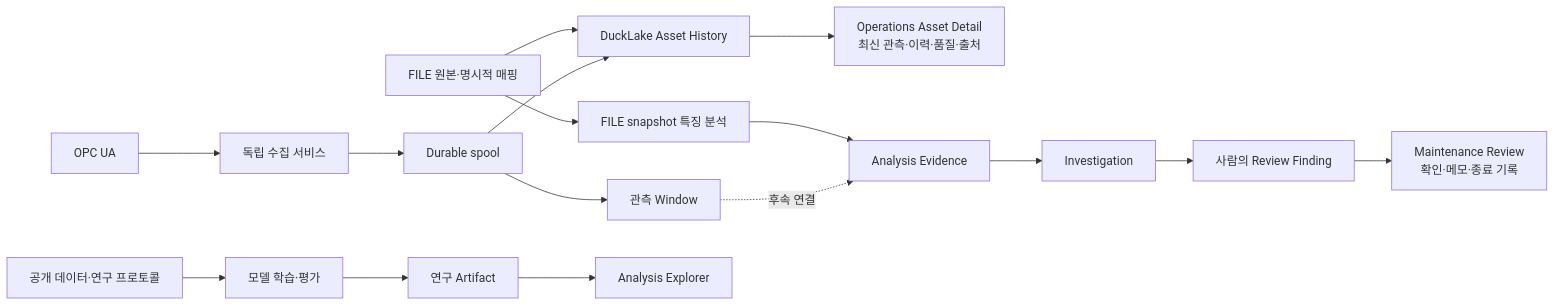
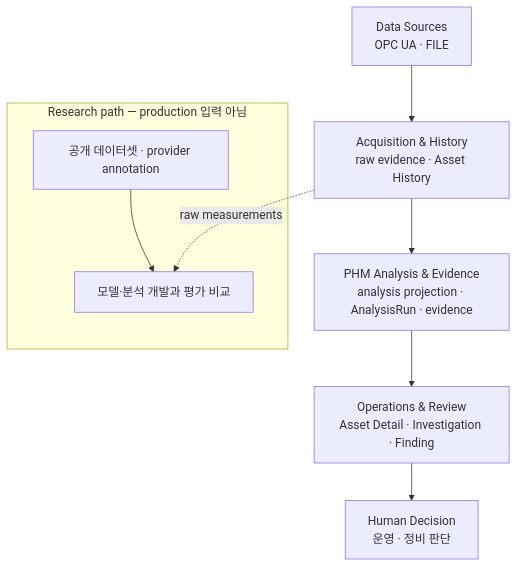
The diagram in README.md (so9093-K/industrial-phm-framework), drawn with Mermaid before and after one commit. The commit also changed other lines of this file and 4 other files, not shown here.

First line of the commit message:
docs(architecture): 대표 시스템 구조와 production/research 경계 정렬

````diff
--- a/README.md
+++ b/README.md
@@ -17,18 +17,11 @@
 ```mermaid
-flowchart LR
-    FILE[FILE 원본·명시적 매핑] --> HISTORY[DuckLake Asset History]
-    OPC[OPC UA] --> COLLECTOR[독립 수집 서비스]
-    COLLECTOR --> SPOOL[Durable spool]
-    SPOOL --> HISTORY
-    SPOOL --> WINDOW[관측 Window]
-    HISTORY --> ASSET[Operations Asset Detail<br/>최신 관측·이력·품질·출처]
-    FILE --> ANALYSIS[FILE snapshot 특징 분석]
-    ANALYSIS --> EVIDENCE[Analysis Evidence]
-    EVIDENCE --> INVESTIGATION[Investigation]
-    INVESTIGATION --> FINDING[사람의 Review Finding]
-    FINDING --> REVIEW[Maintenance Review<br/>확인·메모·종료 기록]
-    DATA[공개 데이터·연구 프로토콜] --> RESEARCH[모델 학습·평가]
-    RESEARCH --> ARTIFACT[연구 Artifact]
-    ARTIFACT --> EXPLORER[Analysis Explorer]
-    WINDOW -. 후속 연결 .-> EVIDENCE
+flowchart TB
+    SRC["Data Sources<br/>OPC UA · FILE"] --> ACQ["Acquisition & History<br/>raw evidence · Asset History"]
+    ACQ --> ANA["PHM Analysis & Evidence<br/>analysis projection · AnalysisRun · evidence"]
+    ANA --> OPS["Operations & Review<br/>Asset Detail · Investigation · Finding"]
+    OPS --> DEC["Human Decision<br/>운영 · 정비 판단"]
+    subgraph RESEARCH["Research path — production 입력 아님"]
+        PUB["공개 데이터셋 · provider annotation"] --> EVAL["모델·분석 개발과 평가 비교"]
+    end
+    ACQ -. raw measurements .-> EVAL
 ```
````
